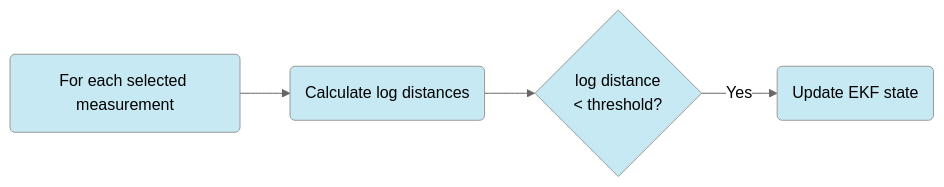
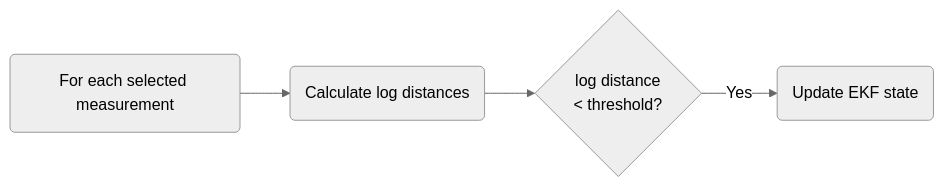
The second of 6 diagrams in _projects/radarslam.md (beteje/beteje.github.io), drawn with Mermaid (neutral theme) before and after one commit. The commit also changed other lines of this file and 5 other files, not shown here.

Commit message:
Fixed update issues with Mermaid

```diff
--- a/_projects/radarslam.md
+++ b/_projects/radarslam.md
@@ -62,10 +63,7 @@
-    {% mermaid %}
+    <pre class="mermaid">
       graph LR
         A1(For each selected measurement)
         A1 --> A2(Calculate log distances)
         A2 --> A3{log distance<br/> < threshold?}
         A3 --"Yes"--> A4(Update EKF state)
-
-        classDef myGraph fill:#c7e9f3;
-        class A1,A2,A3,A4 myGraph
-    {% endmermaid %}
+    </pre>
```
